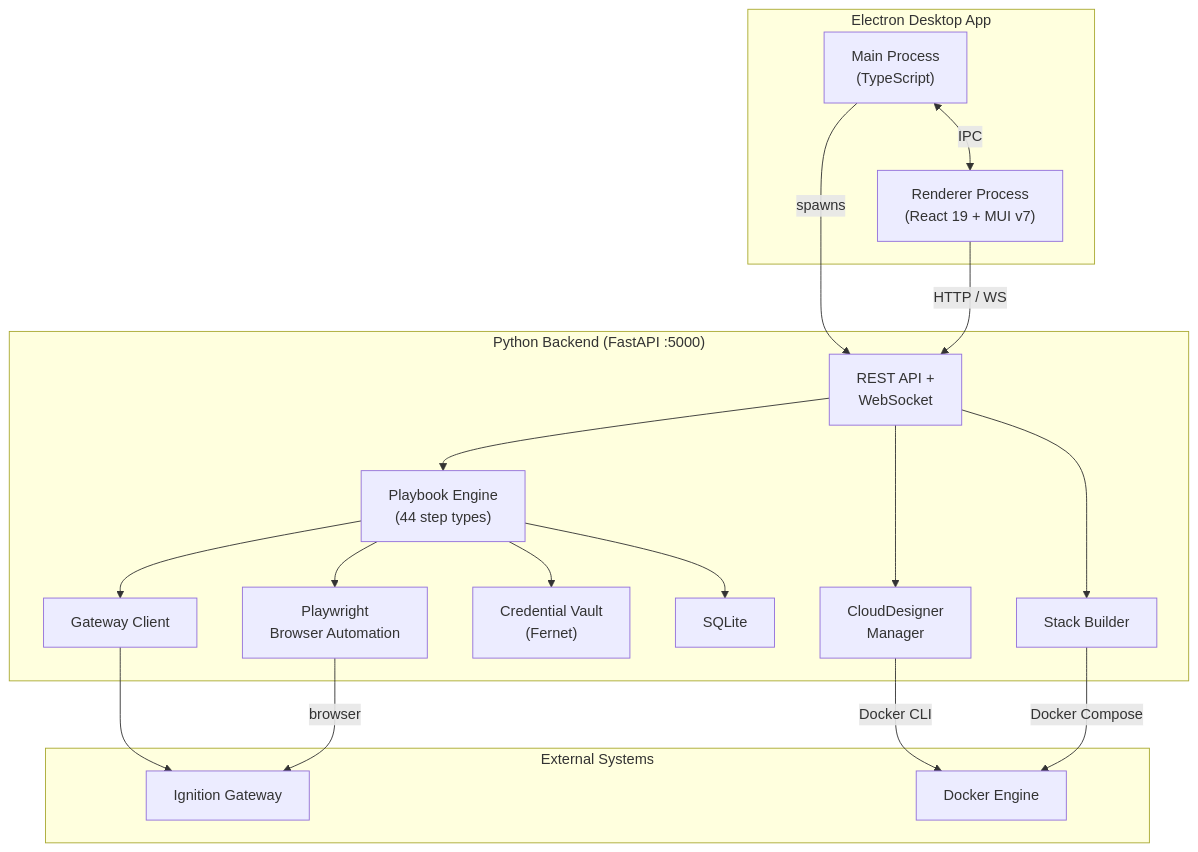
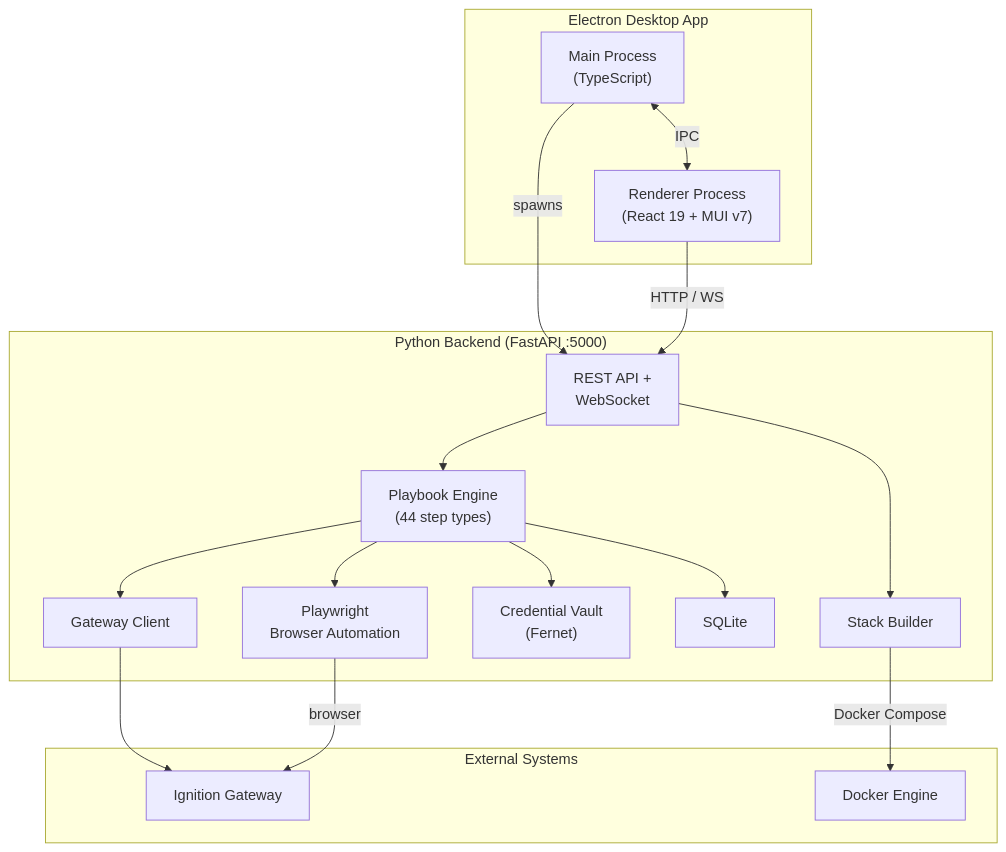
The diagram in README.md (Gaskony-Ignition/ignition-toolbox), drawn with Mermaid before and after one commit. The commit also changed other lines of this file and 47 other files, not shown here.

First line of the commit message:
refactor: remove the browser-based Designer (CloudDesigner)

````diff
--- a/README.md
+++ b/README.md
@@ -19,38 +19,35 @@
 ```mermaid
 graph TB
     subgraph Electron["Electron Desktop App"]
         Main["Main Process<br/>(TypeScript)"]
         Renderer["Renderer Process<br/>(React 19 + MUI v7)"]
     end
 
     subgraph Backend["Python Backend (FastAPI :5000)"]
         API["REST API +<br/>WebSocket"]
         Engine["Playbook Engine<br/>(44 step types)"]
         PW["Playwright<br/>Browser Automation"]
         GW["Gateway Client"]
         Vault["Credential Vault<br/>(Fernet)"]
         DB["SQLite"]
-        CDM["CloudDesigner<br/>Manager"]
         SBM["Stack Builder"]
     end
 
     subgraph External["External Systems"]
         IG["Ignition Gateway"]
         Docker["Docker Engine"]
     end
 
     Main -->|spawns| API
     Main <-->|IPC| Renderer
     Renderer -->|HTTP / WS| API
     API --> Engine
     Engine --> PW
     Engine --> GW
     Engine --> Vault
     Engine --> DB
-    API --> CDM
     API --> SBM
     GW --> IG
     PW -->|browser| IG
-    CDM -->|Docker CLI| Docker
     SBM -->|Docker Compose| Docker
 ```
````
